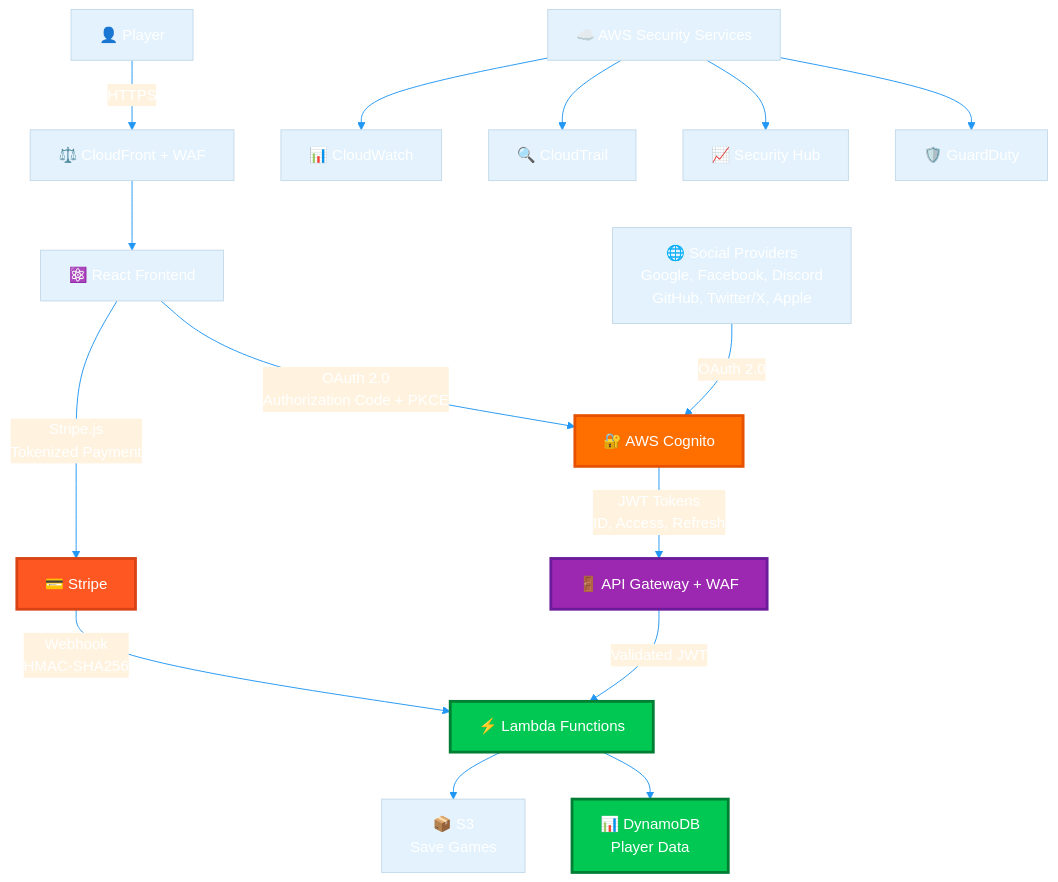
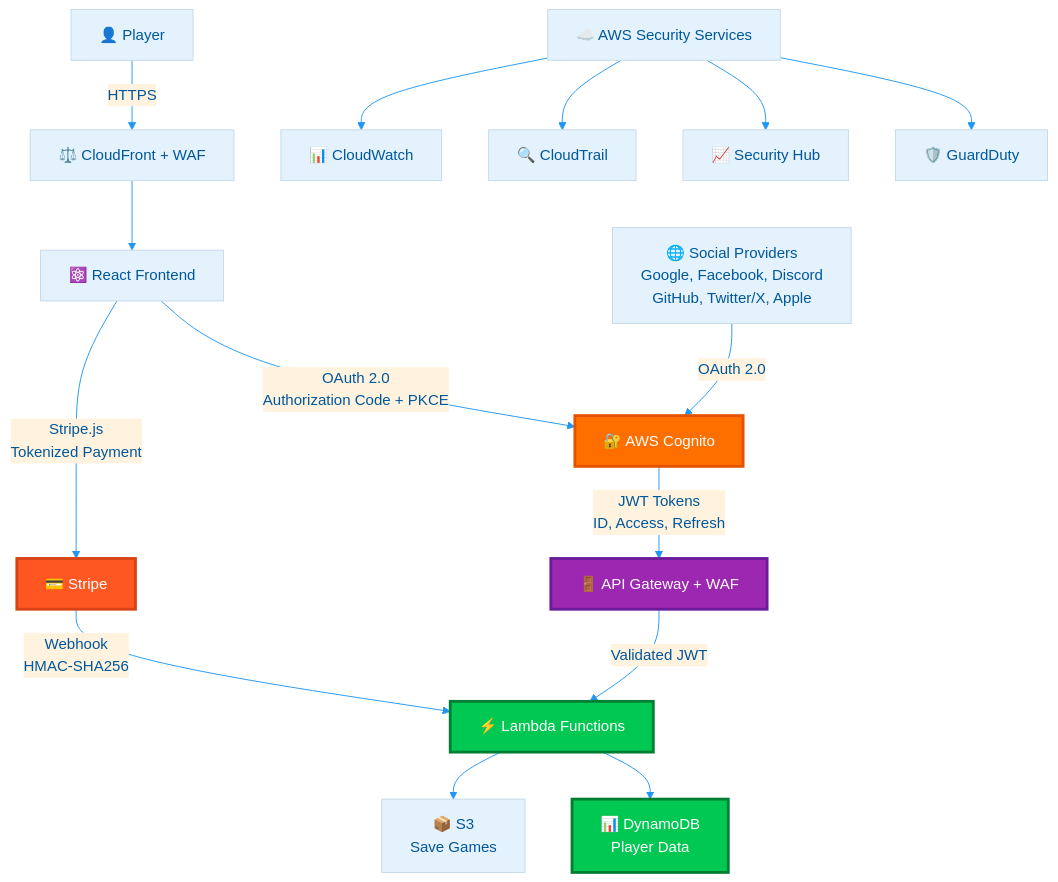
The second of 5 diagrams in FUTURE_THREAT_MODEL.md (Hack23/blacktrigram), drawn with Mermaid before and after one commit. The commit also changed 1 other file, not shown here.

Commit message:
fix: improve text contrast for light primaryColor backgrounds in BCPPlan and FUTURE_THREAT_MODEL
Agent-Logs-Url: https://github.com/Hack23/blacktrigram/sessions/8c81f698-4179-40c6-abbb-ca2938629ef0

````diff
--- a/FUTURE_THREAT_MODEL.md
+++ b/FUTURE_THREAT_MODEL.md
@@ -183,37 +183,37 @@
 ```mermaid
 %%{
   init: {
     'theme': 'base',
     'themeVariables': {
       'primaryColor': '#e3f2fd',
-      'primaryTextColor': '#fff',
+      'primaryTextColor': '#01579b',
       'lineColor': '#2196f3',
       'secondaryColor': '#fff3e0',
       'tertiaryColor': '#e8f5e9'
     }
   }
 }%%
 flowchart TD
     A[👤 Player] -->|HTTPS| B[⚖️ CloudFront + WAF]
     B --> C[⚛️ React Frontend]
     C -->|OAuth 2.0<br/>Authorization Code + PKCE| D[🔐 AWS Cognito]
     D -->|JWT Tokens<br/>ID, Access, Refresh| E[🚪 API Gateway + WAF]
     E -->|Validated JWT| F[⚡ Lambda Functions]
     F --> G[📊 DynamoDB<br/>Player Data]
     F --> H[📦 S3<br/>Save Games]
     C -->|Stripe.js<br/>Tokenized Payment| I[💳 Stripe]
     I -->|Webhook<br/>HMAC-SHA256| F
     
     J[🌐 Social Providers<br/>Google, Facebook, Discord<br/>GitHub, Twitter/X, Apple] -->|OAuth 2.0| D
     
     K[☁️ AWS Security Services] --> L[🛡️ GuardDuty]
     K --> M[📈 Security Hub]
     K --> N[🔍 CloudTrail]
     K --> O[📊 CloudWatch]
     
     style D fill:#ff6f00,stroke:#e65100,color:white,stroke-width:3px
     style E fill:#9c27b0,stroke:#6a1b9a,color:white,stroke-width:3px
     style F fill:#00c853,stroke:#007e33,color:white,stroke-width:3px
     style G fill:#00c853,stroke:#007e33,color:white,stroke-width:3px
     style I fill:#ff5722,stroke:#d84315,color:white,stroke-width:3px
 ```
````
